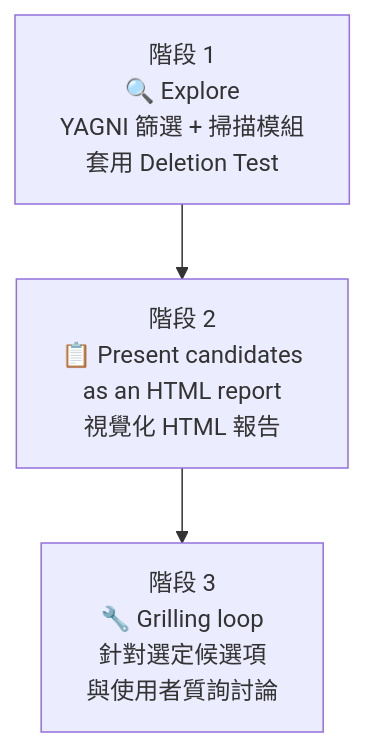
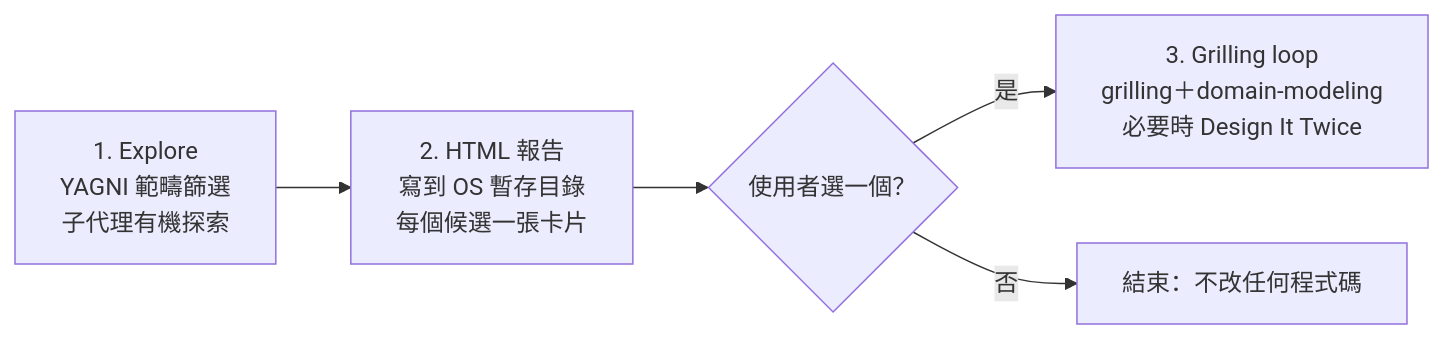
One commit to chihhung/Blog changed diagram 12 of 14 in content/posts/教學/AI開發/mattpocock skills 教學手冊.md. Above: the diagram before and after it, drawn with Mermaid. The commit also changed other lines of this file and 1 other file, not shown here.

````diff
--- a/content/posts/教學/AI開發/mattpocock skills 教學手冊.md
+++ b/content/posts/教學/AI開發/mattpocock skills 教學手冊.md
@@ -2018,5 +3204,7 @@
 ```mermaid
-flowchart TD
-    A["階段 1<br/>🔍 Explore<br/>YAGNI 篩選 + 掃描模組<br/>套用 Deletion Test"] --> B["階段 2<br/>📋 Present candidates<br/>as an HTML report<br/>視覺化 HTML 報告"]
-    B --> C["階段 3<br/>🔧 Grilling loop<br/>針對選定候選項<br/>與使用者質詢討論"]
+flowchart LR
+    E["1. Explore<br/>YAGNI 範疇篩選<br/>子代理有機探索"] --> R["2. HTML 報告<br/>寫到 OS 暫存目錄<br/>每個候選一張卡片"]
+    R --> A{"使用者選一個？"}
+    A -->|"是"| G["3. Grilling loop<br/>grilling＋domain-modeling<br/>必要時 Design It Twice"]
+    A -->|"否"| X["結束：不改任何程式碼"]
 ```
````
